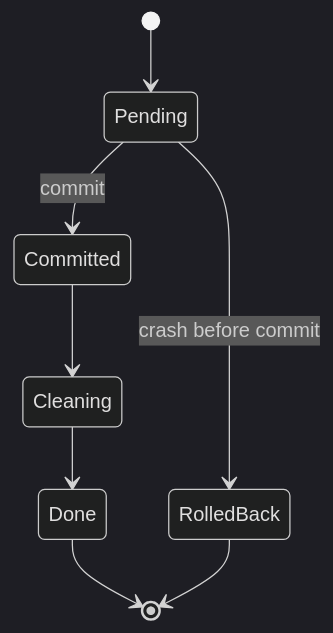
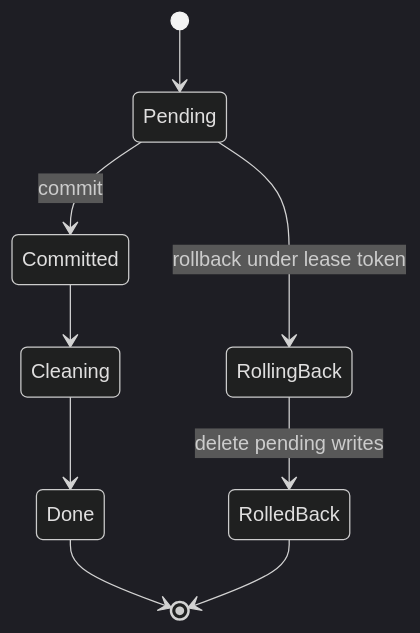
Before and after one commit to ontogr/agentic-graphrag: the second of 2 diagrams in docs/docs/concepts/ingestion.mdx, drawn with Mermaid (dark theme). The commit also changed other lines of this file and 11 other files, not shown here.

````diff
--- a/docs/docs/concepts/ingestion.mdx
+++ b/docs/docs/concepts/ingestion.mdx
@@ -45,10 +45,11 @@
 ```mermaid
 stateDiagram-v2
     [*] --> Pending
     Pending --> Committed: commit
-    Pending --> RolledBack: crash before commit
+    Pending --> RollingBack: rollback under lease token
+    RollingBack --> RolledBack: delete pending writes
     Committed --> Cleaning
     Cleaning --> Done
     Done --> [*]
     RolledBack --> [*]
 ```
````
